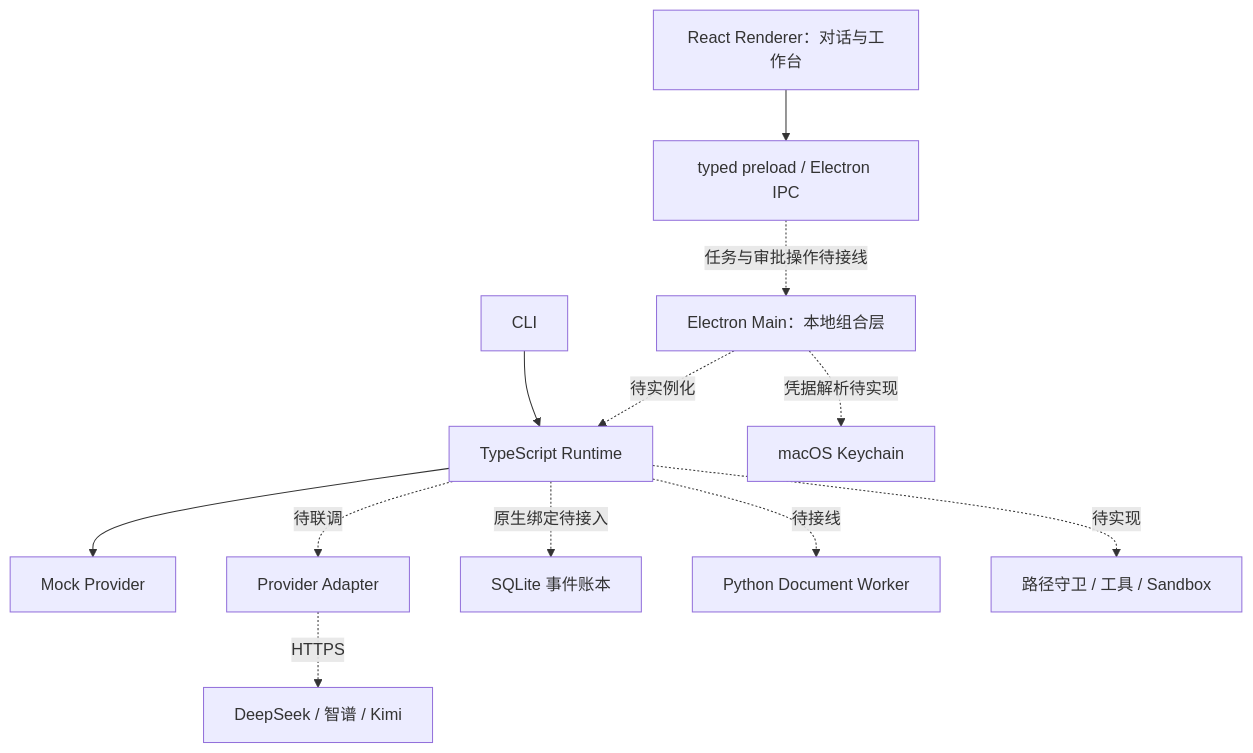
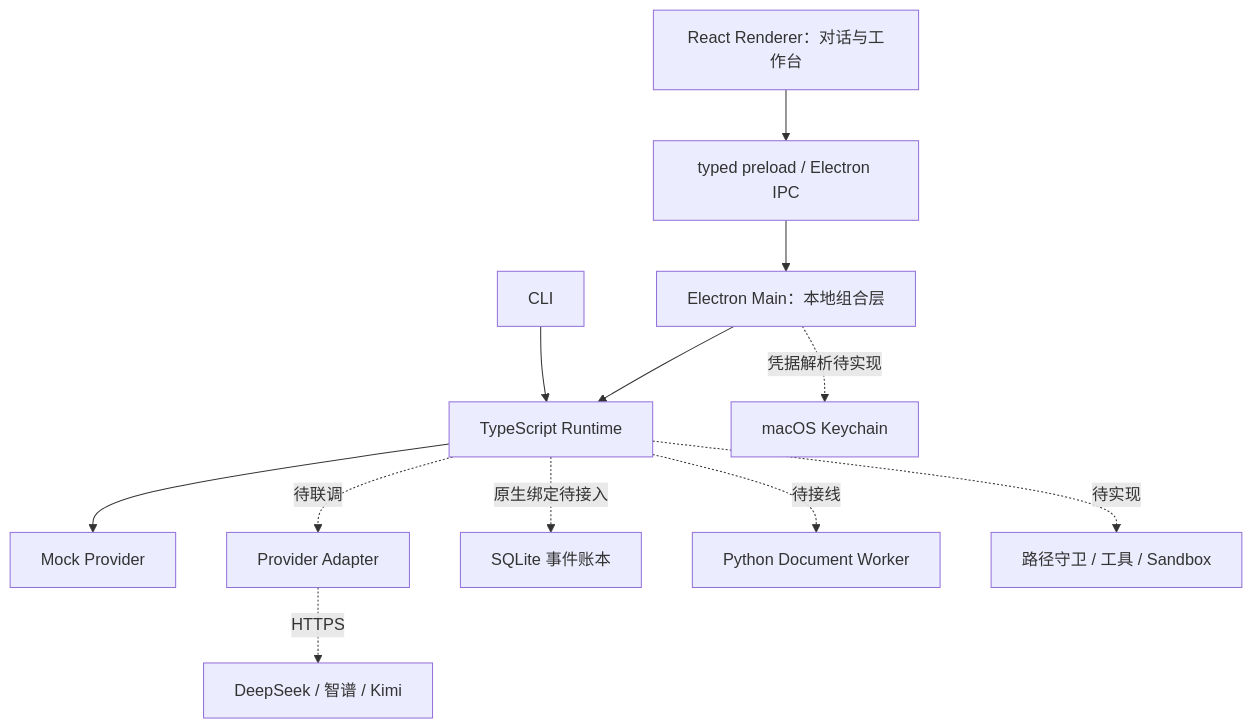
One commit to KG2013/Helm changed the diagram in docs/design/desktop-runtime-boundary.md. Above: the diagram before and after it, drawn with Mermaid. The commit also changed other lines of this file and 26 other files, not shown here.

````diff
--- a/docs/design/desktop-runtime-boundary.md
+++ b/docs/design/desktop-runtime-boundary.md
@@ -11,14 +11,14 @@
 ```mermaid
 flowchart TD
     UI[React Renderer：对话与工作台] --> Bridge[typed preload / Electron IPC]
-    Bridge -. 任务与审批操作待接线 .-> Main[Electron Main：本地组合层]
-    Main -. 待实例化 .-> Runtime[TypeScript Runtime]
+    Bridge --> Main[Electron Main：本地组合层]
+    Main --> Runtime[TypeScript Runtime]
     CLI[CLI] --> Runtime
     Runtime --> Mock[Mock Provider]
     Runtime -. 待联调 .-> Adapter[Provider Adapter]
     Adapter -. HTTPS .-> LLM[DeepSeek / 智谱 / Kimi]
     Main -. 凭据解析待实现 .-> Keychain[macOS Keychain]
     Runtime -. 原生绑定待接入 .-> SQLite[SQLite 事件账本]
     Runtime -. 待接线 .-> Worker[Python Document Worker]
     Runtime -. 待实现 .-> Execution[路径守卫 / 工具 / Sandbox]
 ```
````
